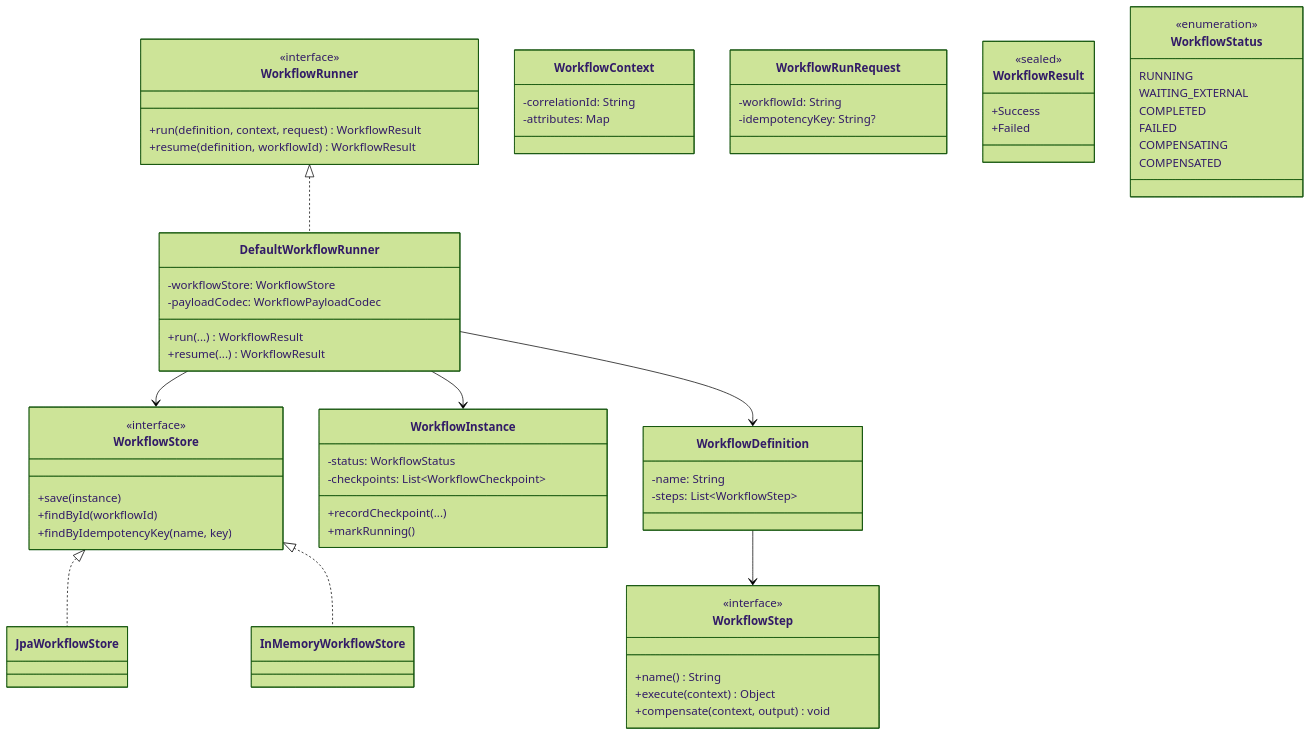
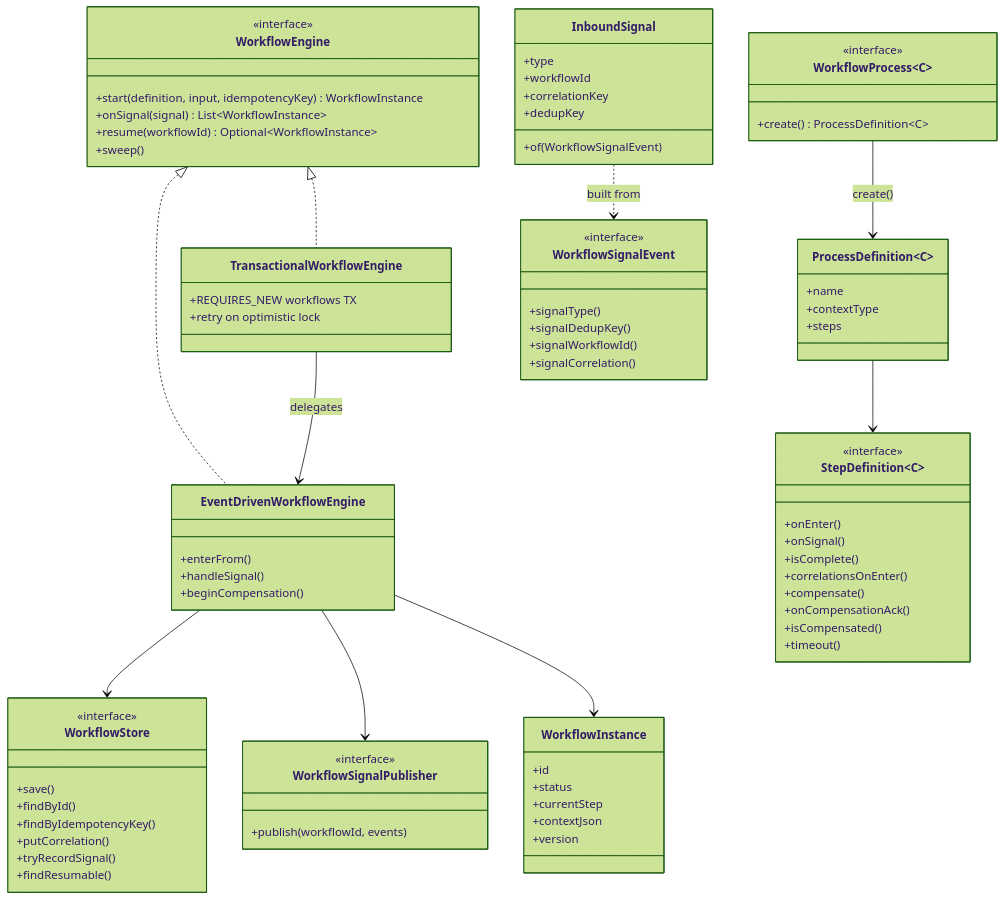
One commit to khinemyaezin/grab changed the second of 9 diagrams in docs/system/ADR_007-Workflow_framework_internal_design.md. Above: the diagram before and after it, drawn with Mermaid (forest theme). The commit also changed other lines of this file and 39 other files, not shown here.

Commit message:
feat: introduce workflow signal handling with new interfaces and entities for improved workflow management

````diff
--- a/docs/system/ADR_007-Workflow_framework_internal_design.md
+++ b/docs/system/ADR_007-Workflow_framework_internal_design.md
@@ -41,79 +150,94 @@
 classDiagram
     direction TB
 
-    class WorkflowRunner {
+    class WorkflowEngine {
         <<interface>>
-        +run(definition, context, request) WorkflowResult
-        +resume(definition, workflowId) WorkflowResult
+        +start(definition, input, idempotencyKey) WorkflowInstance
+        +onSignal(signal) List~WorkflowInstance~
+        +resume(workflowId) Optional~WorkflowInstance~
+        +sweep()
     }
 
-    class DefaultWorkflowRunner {
-        -workflowStore: WorkflowStore
-        -payloadCodec: WorkflowPayloadCodec
-        +run(...) WorkflowResult
-        +resume(...) WorkflowResult
+    class EventDrivenWorkflowEngine {
+        +enterFrom()
+        +handleSignal()
+        +beginCompensation()
     }
 
-    class WorkflowDefinition {
-        -name: String
-        -steps: List~WorkflowStep~
+    class TransactionalWorkflowEngine {
+        +REQUIRES_NEW workflows TX
+        +retry on optimistic lock
     }
 
-    class WorkflowStep {
+    class WorkflowProcess~C~ {
         <<interface>>
-        +name() String
-        +execute(context) Object
-        +compensate(context, output) void
+        +create() ProcessDefinition~C~
     }
 
-    class WorkflowContext {
-        -correlationId: String
-        -attributes: Map
+    class ProcessDefinition~C~ {
+        +name
+        +contextType
+        +steps
     }
 
-    class WorkflowRunRequest {
-        -workflowId: String
-        -idempotencyKey: String?
-    }
-
-    class WorkflowResult {
-        <<sealed>>
-        +Success
-        +Failed
-    }
-
-    class WorkflowInstance {
-        -status: WorkflowStatus
-        -checkpoints: List~WorkflowCheckpoint~
-        +recordCheckpoint(...)
-        +markRunning()
-    }
-
-    class WorkflowStatus {
-        <<enumeration>>
-        RUNNING
-        WAITING_EXTERNAL
-        COMPLETED
-        FAILED
-        COMPENSATING
-        COMPENSATED
+    class StepDefinition~C~ {
+        <<interface>>
+        +onEnter()
+        +onSignal()
+        +isComplete()
+        +correlationsOnEnter()
+        +compensate()
+        +onCompensationAck()
+        +isCompensated()
+        +timeout()
     }
 
     class WorkflowStore {
         <<interface>>
-        +save(instance)
-        +findById(workflowId)
-        +findByIdempotencyKey(name, key)
+        +save()
+        +findById()
+        +findByIdempotencyKey()
+        +putCorrelation()
+        +tryRecordSignal()
+        +findResumable()
     }
 
-    class JpaWorkflowStore
-    class InMemoryWorkflowStore
+    class WorkflowSignalPublisher {
+        <<interface>>
+        +publish(workflowId, events)
+    }
 
-    WorkflowRunner <|.. DefaultWorkflowRunner
-    WorkflowStore <|.. JpaWorkflowStore
-    WorkflowStore <|.. InMemoryWorkflowStore
-    DefaultWorkflowRunner --> WorkflowStore
-    DefaultWorkflowRunner --> WorkflowDefinition
-    DefaultWorkflowRunner --> WorkflowInstance
-    WorkflowDefinition --> WorkflowStep
+    class WorkflowInstance {
+        +id
+        +status
+        +currentStep
+        +contextJson
+        +version
+    }
+
+    class WorkflowSignalEvent {
+        <<interface>>
+        +signalType()
+        +signalDedupKey()
+        +signalWorkflowId()
+        +signalCorrelation()
+    }
+
+    class InboundSignal {
+        +type
+        +workflowId
+        +correlationKey
+        +dedupKey
+        +of(WorkflowSignalEvent)
+    }
+
+    WorkflowEngine <|.. EventDrivenWorkflowEngine
+    WorkflowEngine <|.. TransactionalWorkflowEngine
+    TransactionalWorkflowEngine --> EventDrivenWorkflowEngine : delegates
+    WorkflowProcess --> ProcessDefinition : create()
+    ProcessDefinition --> StepDefinition
+    EventDrivenWorkflowEngine --> WorkflowStore
+    EventDrivenWorkflowEngine --> WorkflowSignalPublisher
+    EventDrivenWorkflowEngine --> WorkflowInstance
+    InboundSignal ..> WorkflowSignalEvent : built from
 ```
````
